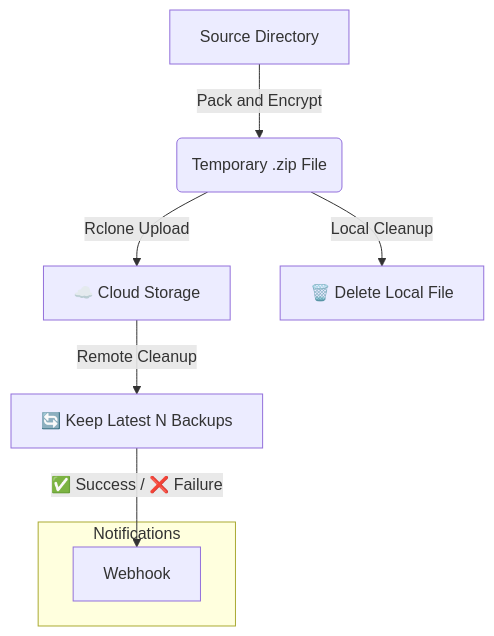
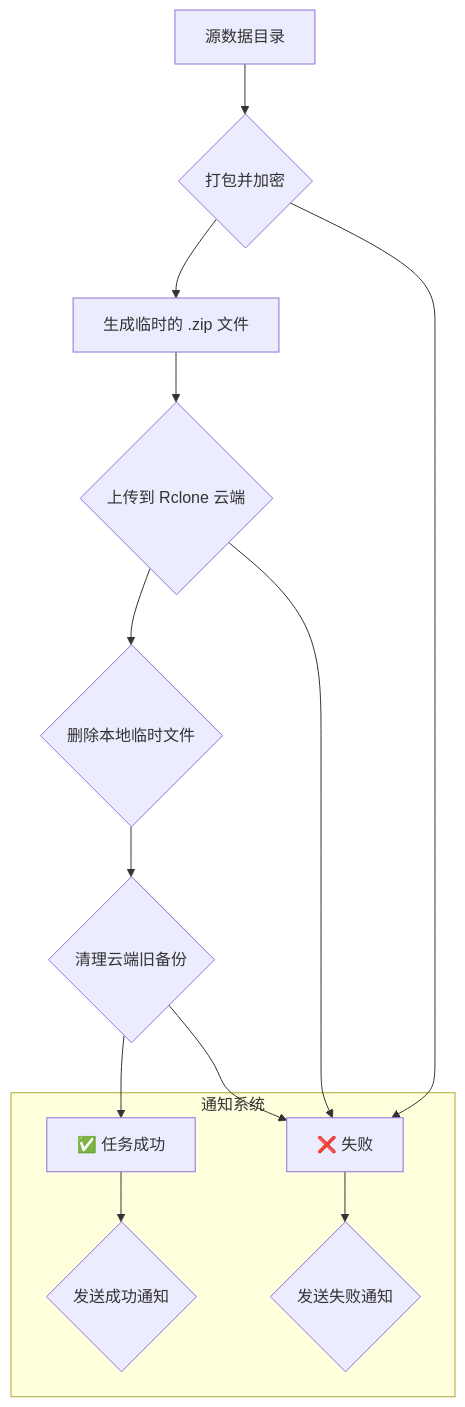
One commit to nodeloc666/rclone-backup-script changed the diagram in README.md. Above: the diagram before and after it, drawn with Mermaid. The commit also changed other lines of this file, not shown here.

````diff
--- a/README.md
+++ b/README.md
@@ -9,11 +43,18 @@
 ```mermaid
 graph TD
-    A[Source Directory] -->| Pack and Encrypt| B(Temporary .zip File);
-    B -->| Rclone Upload| C[☁️ Cloud Storage];
-    B -->| Local Cleanup| D[🗑️ Delete Local File];
-    C -->| Remote Cleanup| E[🔄 Keep Latest N Backups];
-    subgraph Notifications
-        F[Webhook]
+    A[源数据目录] --> B{打包并加密};
+    B --> C[生成临时的 .zip 文件];
+    C --> D{上传到 Rclone 云端};
+    D --> E{删除本地临时文件};
+    E --> F{清理云端旧备份};
+    F --> G[✅ 任务成功]
+
+    subgraph 通知系统
+        G --> H{发送成功通知};
+        I --> J{发送失败通知};
     end
-    E -->|✅ Success / ❌ Failure| F;
+    
+    B --> I[❌ 失败];
+    D --> I[❌ 失败];
+    F --> I[❌ 失败];
 ```
````
